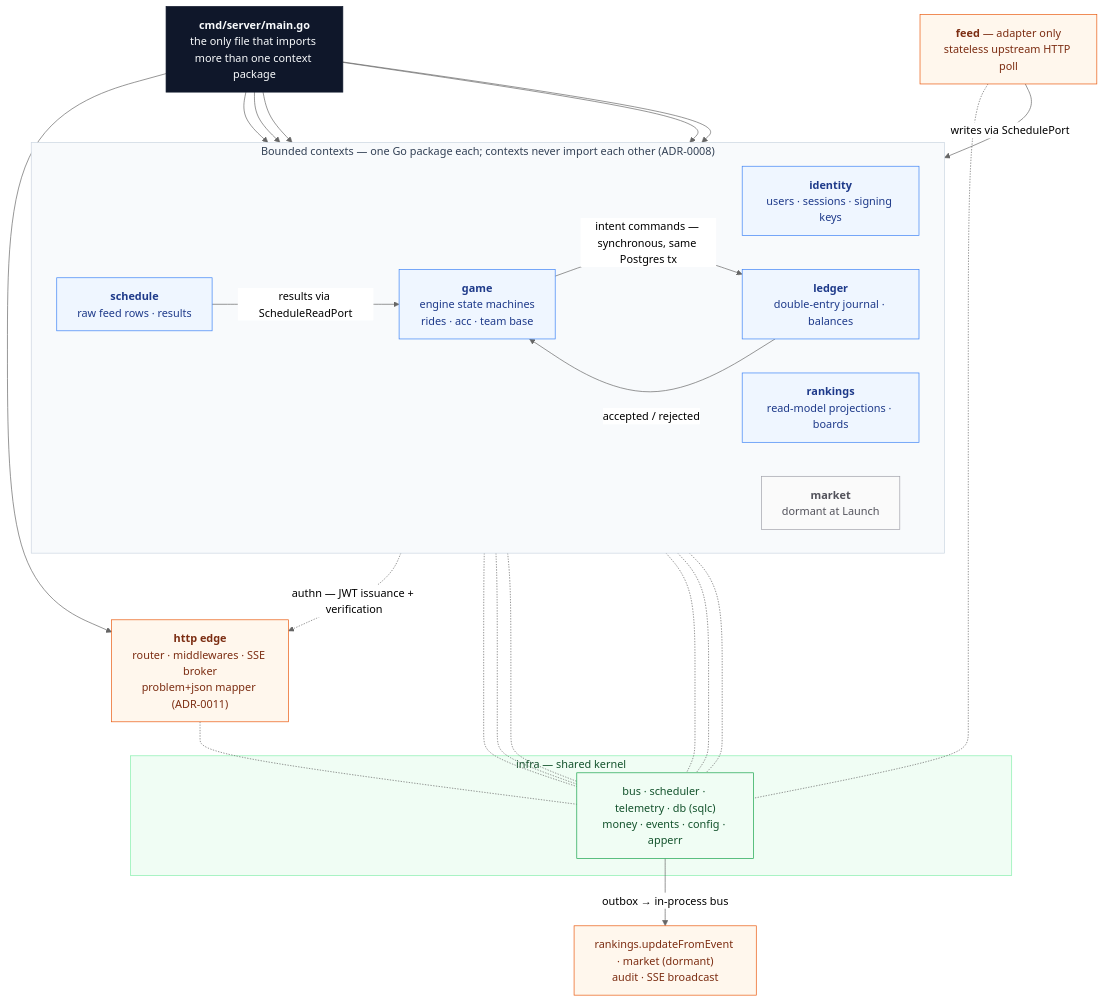
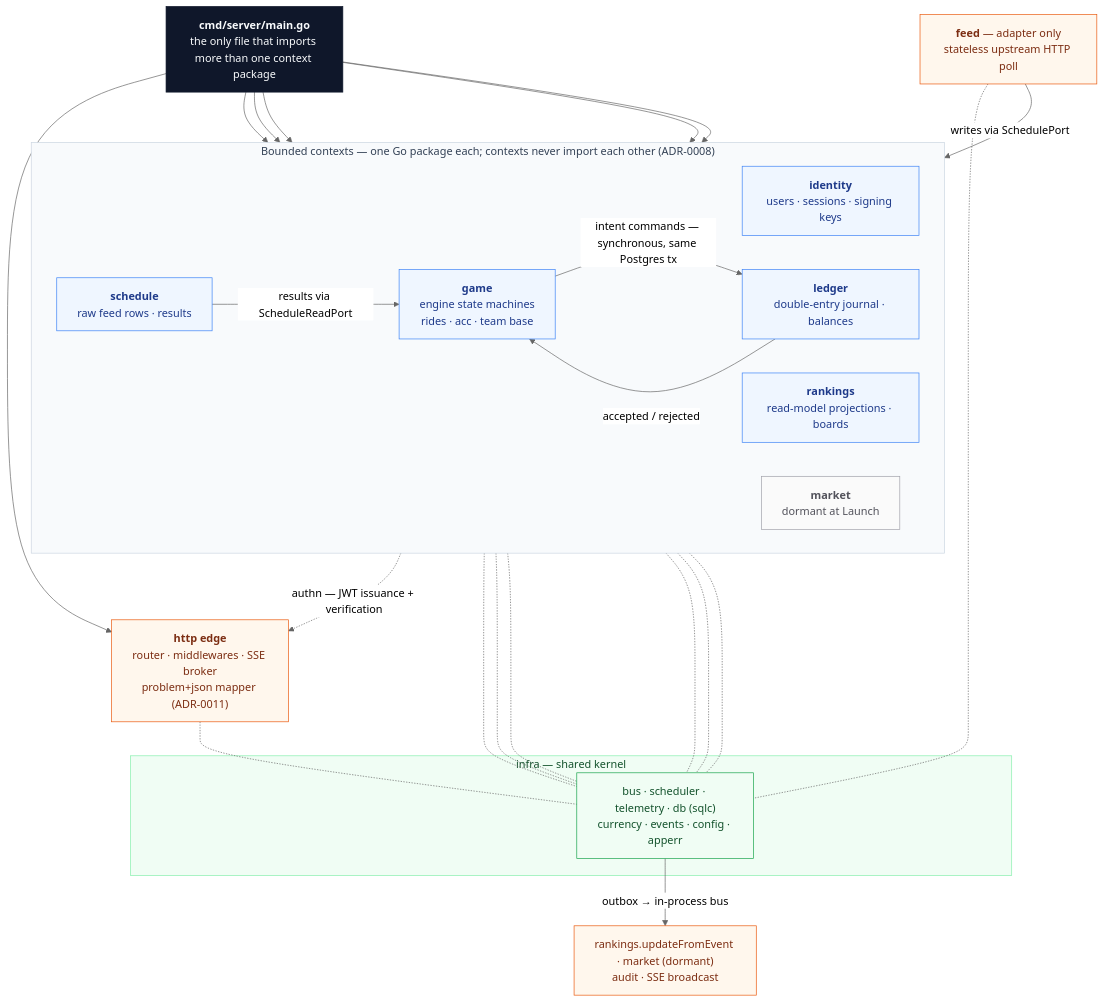
Before and after one commit to Leesale99/league-tokens-backend: the second of 15 diagrams in docs/specs/backend_system_design.md, drawn with Mermaid (neutral theme). The commit also changed other lines of this file and 14 other files, not shown here.

First line of the commit message:
refactor(infra): rename money pkg to dec; clarify Currency is in-game, not fiat

````diff
--- a/docs/specs/backend_system_design.md
+++ b/docs/specs/backend_system_design.md
@@ -143,50 +143,50 @@
 ```mermaid
 flowchart TB
     main["<b>cmd/server/main.go</b><br/>the only file that imports more than one context package"]
 
     subgraph CTX["Bounded contexts — one Go package each; contexts never import each other (ADR-0008)"]
         direction LR
         identity["<b>identity</b><br/>users · sessions · signing keys"]
         schedule["<b>schedule</b><br/>raw feed rows · results"]
         game["<b>game</b><br/>engine state machines<br/>rides · acc · team base"]
         ledger["<b>ledger</b><br/>double-entry journal · balances"]
         rankings["<b>rankings</b><br/>read-model projections · boards"]
         market["<b>market</b><br/>dormant at Launch"]
     end
 
     feed["<b>feed</b> — adapter only<br/>stateless upstream HTTP poll"]
     edge["<b>http edge</b><br/>router · middlewares · SSE broker<br/>problem+json mapper (ADR-0011)"]
 
     subgraph K["infra — shared kernel"]
-        infra["bus · scheduler · telemetry · db (sqlc)<br/>money · events · config · apperr"]
+        infra["bus · scheduler · telemetry · db (sqlc)<br/>currency · events · config · apperr"]
     end
 
     main --> identity & schedule & game & ledger & rankings & edge
 
     feed -->|"writes via SchedulePort"| schedule
     schedule -->|"results via ScheduleReadPort"| game
     game -->|"intent commands — synchronous, same Postgres tx"| ledger
     ledger -->|"accepted / rejected"| game
 
     identity -.->|"authn — JWT issuance + verification"| edge
     identity & schedule & game & ledger & rankings & market -.- infra
     feed -.- infra
     edge -.- infra
 
     infra -->|"outbox → in-process bus"| subs["rankings.updateFromEvent · market (dormant)<br/>audit · SSE broadcast"]
 
     classDef composer fill:#0f172a,color:#f8fafc,stroke:#0f172a;
     classDef ctx fill:#eff6ff,stroke:#3b82f6,color:#1e3a8a;
     classDef dormant fill:#fafafa,stroke:#a1a1aa,color:#52525b;
     classDef kernelfill fill:#f0fdf4,stroke:#16a34a,color:#14532d;
     classDef aux fill:#fff7ed,stroke:#ea580c,color:#7c2d12;
 
     class main composer;
     class identity,schedule,game,ledger,rankings ctx;
     class market dormant;
     class infra kernelfill;
     class feed,edge,subs aux;
 
     style CTX fill:#f8fafc,stroke:#cbd5e1,color:#334155;
     style K fill:#f0fdf4,stroke:#86efac,color:#14532d;
 ```
````
